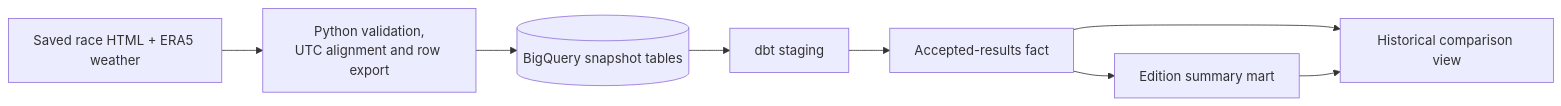
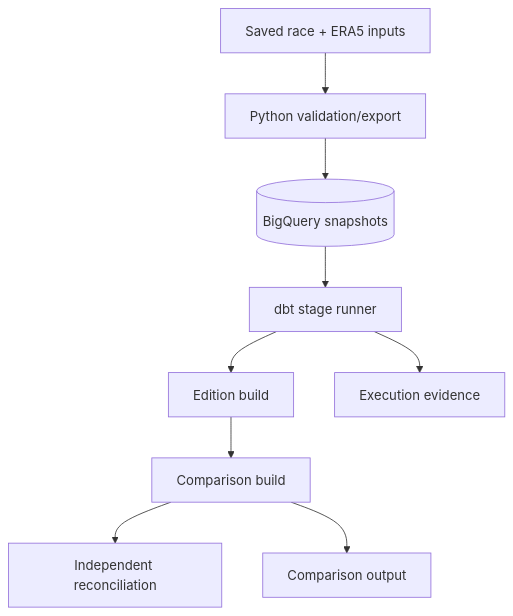
The diagram in README.md (mifuha/runwx), drawn with Mermaid before and after one commit. The commit also changed other lines of this file and 3 other files, not shown here.

Commit message:
Update dbt cloud stage documentation

````diff
--- a/README.md
+++ b/README.md
@@ -42,10 +42,11 @@
 ```mermaid
-flowchart LR
-    inputs["Saved race HTML + ERA5 weather"] --> python["Python validation,<br/>UTC alignment and row export"]
-    python --> warehouse[("BigQuery snapshot tables")]
-    warehouse --> staging["dbt staging"]
-    staging --> fact["Accepted-results fact"]
-    fact --> mart["Edition summary mart"]
-    fact --> comparison["Historical comparison view"]
-    mart --> comparison
+flowchart TD
+    inputs["Saved race + ERA5 inputs"] --> python["Python validation/export"]
+    python --> snapshots[("BigQuery snapshots")]
+    snapshots --> runner["dbt stage runner"]
+    runner --> edition["Edition build"]
+    edition --> comparison["Comparison build"]
+    comparison --> reconciliation["Independent reconciliation"]
+    comparison --> output["Comparison output"]
+    runner --> evidence["Execution evidence"]
 ```
````
